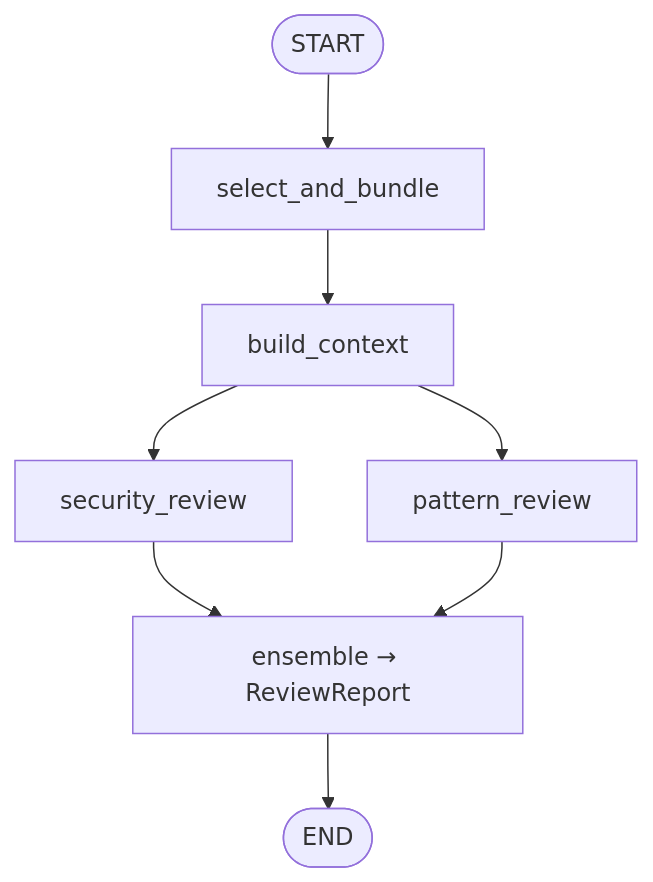
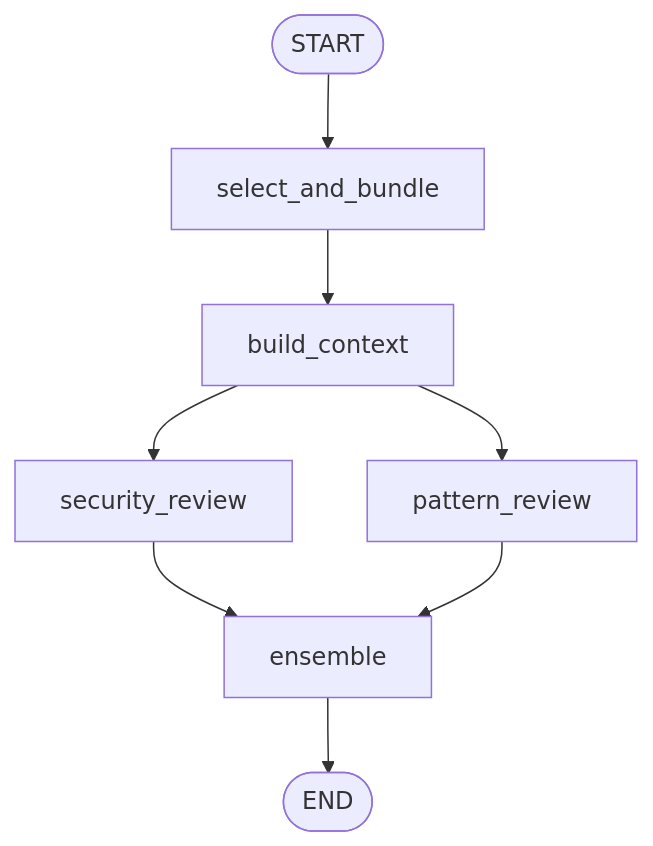
One commit to cipheraxat/codereviewer_agent changed the third of 7 diagrams in README.md. Above: the diagram before and after it, drawn with Mermaid. The commit also changed other lines of this file, not shown here.

First line of the commit message:
docs: document v0.5.2 OCR harness and architecture.

````diff
--- a/README.md
+++ b/README.md
@@ -49,10 +59,10 @@
 ```mermaid
 flowchart TD
   START([START]) --> SEL[select_and_bundle]
   SEL --> BC[build_context]
   BC --> SR[security_review]
   BC --> PR[pattern_review]
-  SR --> ENS[ensemble → ReviewReport]
+  SR --> ENS[ensemble]
   PR --> ENS
   ENS --> ENDNODE([END])
 ```
````
